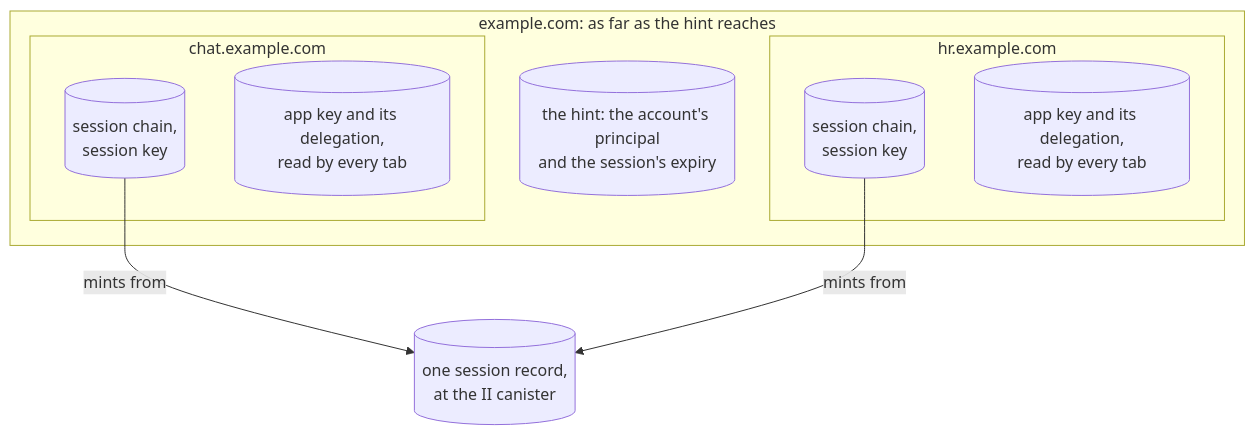
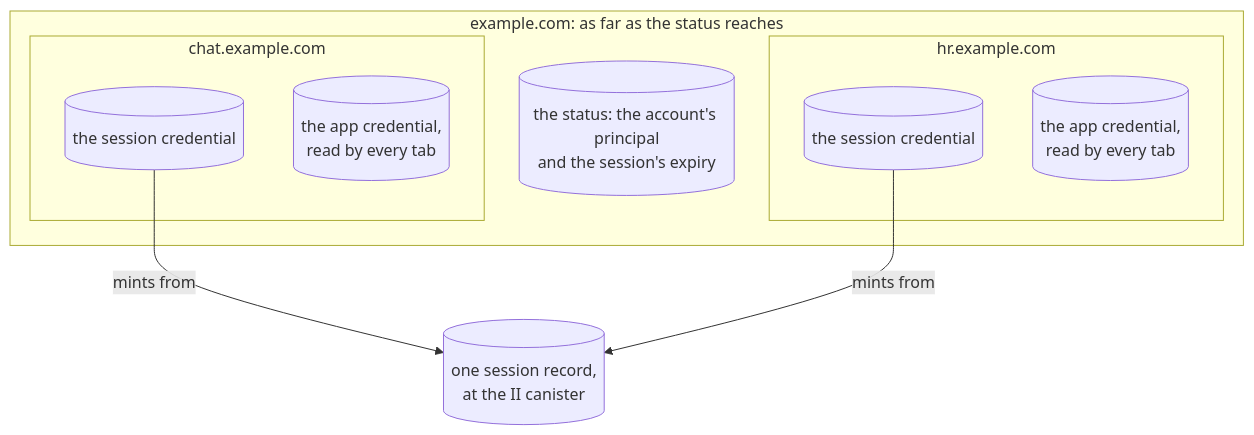
One commit to dfinity/internet-identity changed the second of 5 diagrams in docs/ongoing/client-app-sessions.md. Above: the diagram before and after it, drawn with Mermaid. The commit also changed other lines of this file and 1 other file, not shown here.

First line of the commit message:
docs: one credential store, and a published status beside it

````diff
--- a/docs/ongoing/client-app-sessions.md
+++ b/docs/ongoing/client-app-sessions.md
@@ -170,17 +170,17 @@
 ```mermaid
 flowchart TB
-    subgraph D["example.com: as far as the hint reaches"]
-        H[("the hint: the account's principal<br/>and the session's expiry")]
+    subgraph D["example.com: as far as the status reaches"]
+        H[("the status: the account's principal<br/>and the session's expiry")]
         subgraph O1["chat.example.com"]
-            L1[("session chain,<br/>session key")]
-            B1[("app key and its delegation,<br/>read by every tab")]
+            L1[("the session credential")]
+            B1[("the app credential,<br/>read by every tab")]
         end
         subgraph O2["hr.example.com"]
-            L2[("session chain,<br/>session key")]
-            B2[("app key and its delegation,<br/>read by every tab")]
+            L2[("the session credential")]
+            B2[("the app credential,<br/>read by every tab")]
         end
     end
     L1 -->|mints from| S
     L2 -->|mints from| S
     S[("one session record,<br/>at the II canister")]
 ```
````
